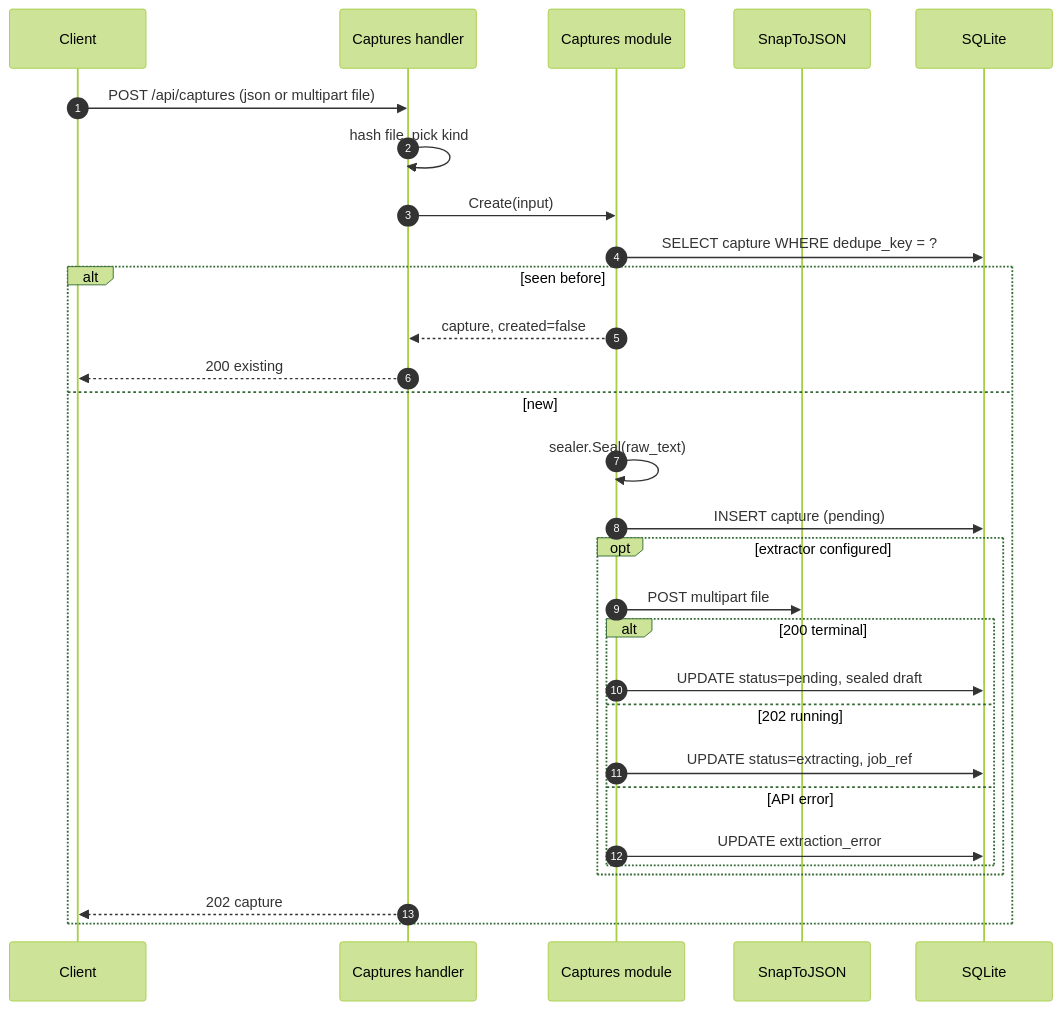
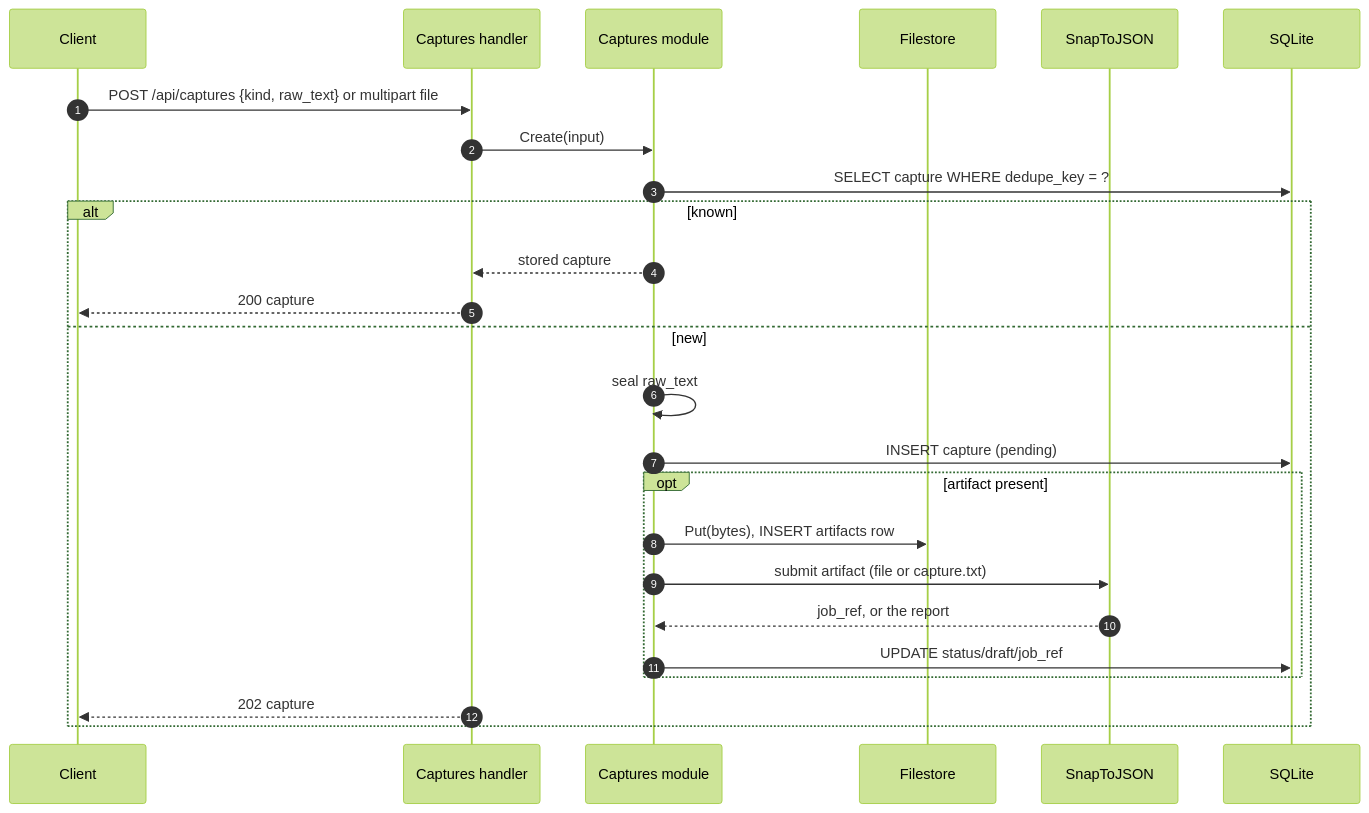
One commit to dimasbaguspm/spenicle changed the diagram in docs/endpoints/POST_api_captures.md. Above: the diagram before and after it, drawn with Mermaid (forest theme). The commit also changed other lines of this file and 3 other files, not shown here.

Commit message:
docs: describe the ref-based capture actions and entry corrections

````diff
--- a/docs/endpoints/POST_api_captures.md
+++ b/docs/endpoints/POST_api_captures.md
@@ -57,31 +58,27 @@
 ```mermaid
 sequenceDiagram
     autonumber
     participant C as Client
     participant H as Captures handler
     participant Q as Captures module
+    participant F as Filestore
     participant V as SnapToJSON
     participant DB as SQLite
-    C->>H: POST /api/captures (json or multipart file)
-    H->>H: hash file, pick kind
+    C->>H: POST /api/captures {kind, raw_text} or multipart file
     H->>Q: Create(input)
     Q->>DB: SELECT capture WHERE dedupe_key = ?
-    alt seen before
-        Q-->>H: capture, created=false
-        H-->>C: 200 existing
+    alt known
+        Q-->>H: stored capture
+        H-->>C: 200 capture
     else new
-        Q->>Q: sealer.Seal(raw_text)
+        Q->>Q: seal raw_text
         Q->>DB: INSERT capture (pending)
-        opt extractor configured
-            Q->>V: POST multipart file
-            alt 200 terminal
-                Q->>DB: UPDATE status=pending, sealed draft
-            else 202 running
-                Q->>DB: UPDATE status=extracting, job_ref
-            else API error
-                Q->>DB: UPDATE extraction_error
-            end
+        opt artifact present
+            Q->>F: Put(bytes), INSERT artifacts row
+            Q->>V: submit artifact (file or capture.txt)
+            V-->>Q: job_ref, or the report
+            Q->>DB: UPDATE status/draft/job_ref
         end
         H-->>C: 202 capture
     end
 ```
````
